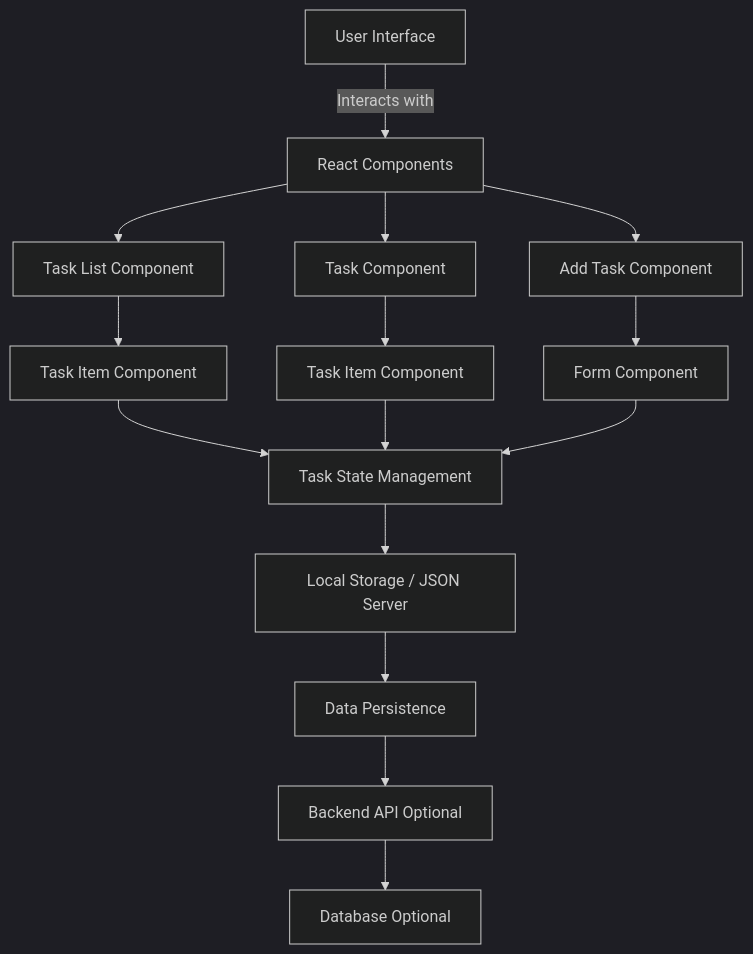
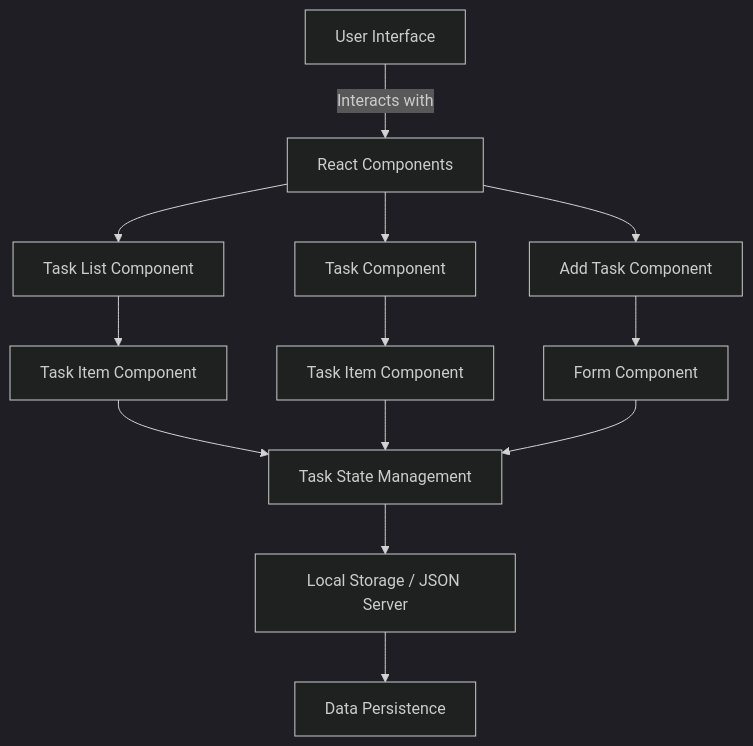
The diagram in graph.md (shahidma85/react-task-tracker), drawn with Mermaid (dark theme) before and after one commit.

````diff
--- a/graph.md
+++ b/graph.md
@@ -1,17 +1,15 @@
 ```mermaid
 graph TD;
     A[User Interface] -->|Interacts with| B[React Components]
     B --> C[Task List Component]
     B --> D[Task Component]
     B --> E[Add Task Component]
     C --> F[Task Item Component]
     D --> G[Task Item Component]
     E --> H[Form Component]
     F --> I[Task State Management]
     G --> I[Task State Management]
     H --> I[Task State Management]
     I --> J[Local Storage / JSON Server]
     J --> K[Data Persistence]
-    K --> L[Backend API Optional]
-    L --> M[Database Optional]
   ```
````
